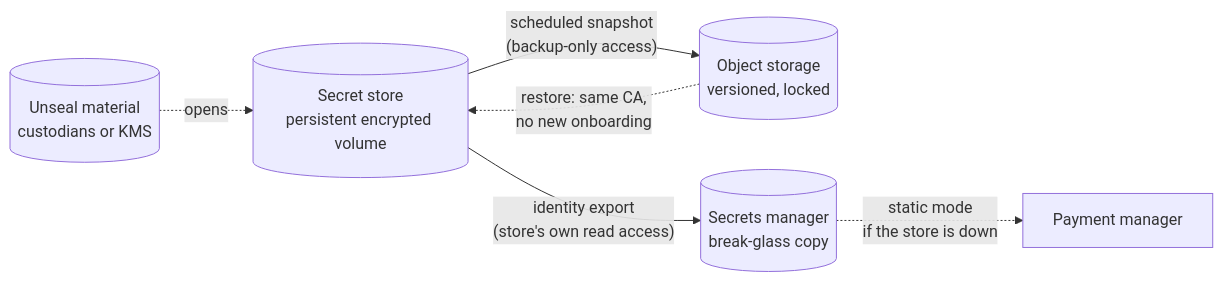
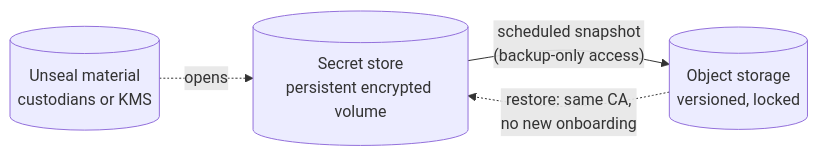
Before and after one commit to JengaCore/pm4ml-helm: the first of 5 diagrams in docs/PRODUCTION.md, drawn with Mermaid. The commit also changed other lines of this file and 40 other files, not shown here.

First line of the commit message:
docs: install from the chart in this repo, remove the legacy layout

````diff
--- a/docs/PRODUCTION.md
+++ b/docs/PRODUCTION.md
@@ -25,10 +25,8 @@
 ```mermaid
 flowchart LR
     store[("Secret store<br/>persistent encrypted volume")]
     store -- "scheduled snapshot<br/>(backup-only access)" --> obj[("Object storage<br/>versioned, locked")]
-    store -- "identity export<br/>(store's own read access)" --> sm[("Secrets manager<br/>break-glass copy")]
     unseal[("Unseal material<br/>custodians or KMS")]
     obj -. "restore: same CA,<br/>no new onboarding" .-> store
     unseal -. "opens" .-> store
-    sm -. "static mode<br/>if the store is down" .-> pm["Payment manager"]
 ```
````
